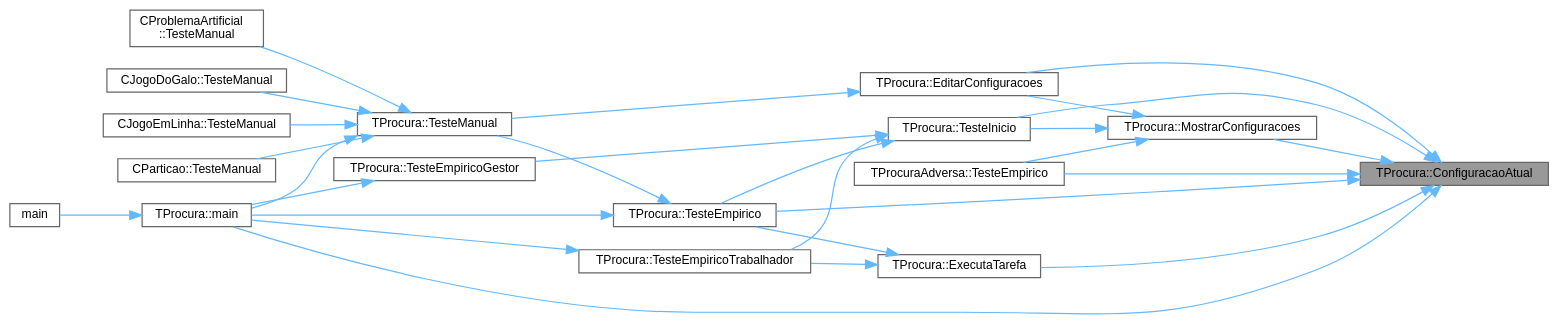
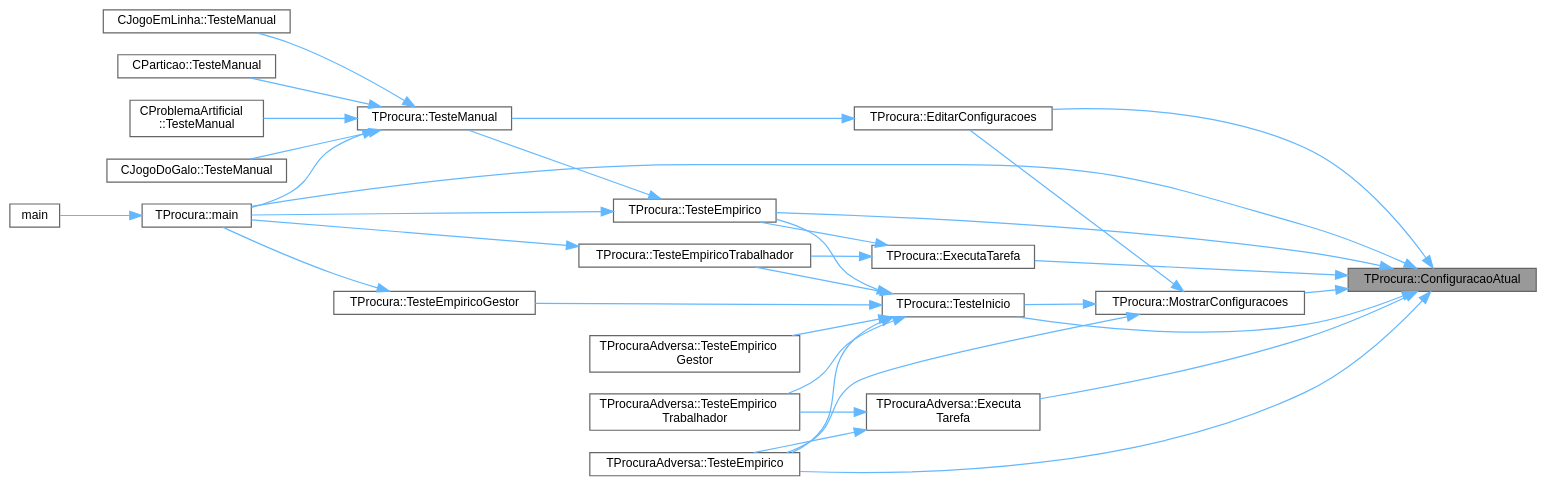
One commit to jcoelho72/TProcura changed the diagram in classTProcura_ac1d9f06b12765a02290050af15463186_icgraph.dot. Above: the diagram before and after it, drawn with Graphviz. The commit also changed 165 other files, not shown here.

```diff
--- a/classTProcura_ac1d9f06b12765a02290050af15463186_icgraph.dot
+++ b/classTProcura_ac1d9f06b12765a02290050af15463186_icgraph.dot
@@ -1,50 +1,59 @@
 digraph "TProcura::ConfiguracaoAtual"
 {
  // LATEX_PDF_SIZE
   bgcolor="transparent";
   edge [fontname=Helvetica,fontsize=10,labelfontname=Helvetica,labelfontsize=10];
   node [fontname=Helvetica,fontsize=10,shape=box,height=0.2,width=0.4];
   rankdir="RL";
   Node1 [id="Node000001",label="TProcura::ConfiguracaoAtual",height=0.2,width=0.4,color="gray40", fillcolor="grey60", style="filled", fontcolor="black",tooltip="Grava ou lê a configuração atual."];
   Node1 -> Node2 [id="edge1_Node000001_Node000002",dir="back",color="steelblue1",style="solid",tooltip=" "];
   Node2 [id="Node000002",label="TProcura::EditarConfiguracoes",height=0.2,width=0.4,color="grey40", fillcolor="white", style="filled",URL="$classTProcura.html#ae559b54c7ff363280df914fec988794f",tooltip="Permite ao utilizador editar as configurações."];
   Node2 -> Node3 [id="edge2_Node000002_Node000003",dir="back",color="steelblue1",style="solid",tooltip=" "];
   Node3 [id="Node000003",label="TProcura::TesteManual",height=0.2,width=0.4,color="grey40", fillcolor="white", style="filled",URL="$classTProcura.html#a5fdf4e8f76e59eb83fbc274fa61e34af",tooltip="Inicializa a interação com o utilizador."];
   Node3 -> Node4 [id="edge3_Node000003_Node000004",dir="back",color="steelblue1",style="solid",tooltip=" "];
   Node4 [id="Node000004",label="TProcura::main",height=0.2,width=0.4,color="grey40", fillcolor="white", style="filled",URL="$classTProcura.html#aad1499e49cf6757569aeabd9c3fb2a8c",tooltip="Inicializa a interação com o utilizador."];
   Node4 -> Node5 [id="edge4_Node000004_Node000005",dir="back",color="steelblue1",style="solid",tooltip=" "];
   Node5 [id="Node000005",label="main",height=0.2,width=0.4,color="grey40", fillcolor="white", style="filled",URL="$Adversa_2Teste_2teste_8cpp.html#a0ddf1224851353fc92bfbff6f499fa97",tooltip=" "];
   Node3 -> Node6 [id="edge5_Node000003_Node000006",dir="back",color="steelblue1",style="solid",tooltip=" "];
   Node6 [id="Node000006",label="CJogoDoGalo::TesteManual",height=0.2,width=0.4,color="grey40", fillcolor="white", style="filled",URL="$classCJogoDoGalo.html#a113984a3801a93ebce61e0a700a413ab",tooltip="Inicializa a interação com o utilizador."];
   Node3 -> Node7 [id="edge6_Node000003_Node000007",dir="back",color="steelblue1",style="solid",tooltip=" "];
   Node7 [id="Node000007",label="CJogoEmLinha::TesteManual",height=0.2,width=0.4,color="grey40", fillcolor="white", style="filled",URL="$classCJogoEmLinha.html#ad289e94136b44c9e3e942acf64ff0449",tooltip="Inicializa a interação com o utilizador."];
   Node3 -> Node8 [id="edge7_Node000003_Node000008",dir="back",color="steelblue1",style="solid",tooltip=" "];
   Node8 [id="Node000008",label="CParticao::TesteManual",height=0.2,width=0.4,color="grey40", fillcolor="white", style="filled",URL="$classCParticao.html#aa4d328b9944991f3fc52ce0726111865",tooltip="Inicializa a interação com o utilizador."];
   Node3 -> Node9 [id="edge8_Node000003_Node000009",dir="back",color="steelblue1",style="solid",tooltip=" "];
   Node9 [id="Node000009",label="CProblemaArtificial\l::TesteManual",height=0.2,width=0.4,color="grey40", fillcolor="white", style="filled",URL="$classCProblemaArtificial.html#abaad629eb538177261df40e1e27e92ed",tooltip="Inicializa a interação com o utilizador."];
   Node1 -> Node10 [id="edge9_Node000001_Node000010",dir="back",color="steelblue1",style="solid",tooltip=" "];
   Node10 [id="Node000010",label="TProcura::ExecutaTarefa",height=0.2,width=0.4,color="grey40", fillcolor="white", style="filled",URL="$classTProcura.html#a2c3c5fdff8277b04a219156dec0f068b",tooltip="Executa uma tarefa num teste empírico."];
   Node10 -> Node11 [id="edge10_Node000010_Node000011",dir="back",color="steelblue1",style="solid",tooltip=" "];
   Node11 [id="Node000011",label="TProcura::TesteEmpirico",height=0.2,width=0.4,color="grey40", fillcolor="white", style="filled",URL="$classTProcura.html#ae98922e2f7f8bb6e487af0a1e4f84336",tooltip="Executa testes empíricos, em todas as configurações guardadas, nas instâncias selecionadas."];
   Node11 -> Node4 [id="edge11_Node000011_Node000004",dir="back",color="steelblue1",style="solid",tooltip=" "];
   Node11 -> Node3 [id="edge12_Node000011_Node000003",dir="back",color="steelblue1",style="solid",tooltip=" "];
   Node10 -> Node12 [id="edge13_Node000010_Node000012",dir="back",color="steelblue1",style="solid",tooltip=" "];
   Node12 [id="Node000012",label="TProcura::TesteEmpiricoTrabalhador",height=0.2,width=0.4,color="grey40", fillcolor="white", style="filled",URL="$classTProcura.html#a1b444fbb9aa1d6bf3df277df3f289587",tooltip="Teste empírico com modo mestre-escravo (este é o escravo)"];
   Node12 -> Node4 [id="edge14_Node000012_Node000004",dir="back",color="steelblue1",style="solid",tooltip=" "];
-  Node1 -> Node4 [id="edge15_Node000001_Node000004",dir="back",color="steelblue1",style="solid",tooltip=" "];
-  Node1 -> Node13 [id="edge16_Node000001_Node000013",dir="back",color="steelblue1",style="solid",tooltip=" "];
-  Node13 [id="Node000013",label="TProcura::MostrarConfiguracoes",height=0.2,width=0.4,color="grey40", fillcolor="white", style="filled",URL="$classTProcura.html#a3332047124784be2fc7af575a5f7f8b5",tooltip="Mostra as configurações disponíveis."];
-  Node13 -> Node2 [id="edge17_Node000013_Node000002",dir="back",color="steelblue1",style="solid",tooltip=" "];
-  Node13 -> Node14 [id="edge18_Node000013_Node000014",dir="back",color="steelblue1",style="solid",tooltip=" "];
+  Node1 -> Node13 [id="edge15_Node000001_Node000013",dir="back",color="steelblue1",style="solid",tooltip=" "];
+  Node13 [id="Node000013",label="TProcuraAdversa::Executa\lTarefa",height=0.2,width=0.4,color="grey40", fillcolor="white", style="filled",URL="$classTProcuraAdversa.html#aad206751268402eef355dd89415d1865",tooltip="Executa uma tarefa num teste empírico."];
+  Node13 -> Node14 [id="edge16_Node000013_Node000014",dir="back",color="steelblue1",style="solid",tooltip=" "];
   Node14 [id="Node000014",label="TProcuraAdversa::TesteEmpirico",height=0.2,width=0.4,color="grey40", fillcolor="white", style="filled",URL="$classTProcuraAdversa.html#abe15e86c2a11e584764a2b80ddab10cb",tooltip="Executa testes empíricos, em todas as configurações guardadas, nas instâncias selecionadas."];
-  Node13 -> Node15 [id="edge19_Node000013_Node000015",dir="back",color="steelblue1",style="solid",tooltip=" "];
-  Node15 [id="Node000015",label="TProcura::TesteInicio",height=0.2,width=0.4,color="grey40", fillcolor="white", style="filled",URL="$classTProcura.html#a577697338460038138738e87157166af",tooltip="arranque de teste, auxiliar aos Testes Empíricos"];
-  Node15 -> Node11 [id="edge20_Node000015_Node000011",dir="back",color="steelblue1",style="solid",tooltip=" "];
-  Node15 -> Node16 [id="edge21_Node000015_Node000016",dir="back",color="steelblue1",style="solid",tooltip=" "];
-  Node16 [id="Node000016",label="TProcura::TesteEmpiricoGestor",height=0.2,width=0.4,color="grey40", fillcolor="white", style="filled",URL="$classTProcura.html#afd7217164b5ffce15f1949138f469fdb",tooltip="Teste empírico com modo mestre-escravo (este é o mestre)"];
-  Node16 -> Node4 [id="edge22_Node000016_Node000004",dir="back",color="steelblue1",style="solid",tooltip=" "];
-  Node15 -> Node12 [id="edge23_Node000015_Node000012",dir="back",color="steelblue1",style="solid",tooltip=" "];
-  Node1 -> Node14 [id="edge24_Node000001_Node000014",dir="back",color="steelblue1",style="solid",tooltip=" "];
-  Node1 -> Node11 [id="edge25_Node000001_Node000011",dir="back",color="steelblue1",style="solid",tooltip=" "];
-  Node1 -> Node15 [id="edge26_Node000001_Node000015",dir="back",color="steelblue1",style="solid",tooltip=" "];
+  Node13 -> Node15 [id="edge17_Node000013_Node000015",dir="back",color="steelblue1",style="solid",tooltip=" "];
+  Node15 [id="Node000015",label="TProcuraAdversa::TesteEmpirico\lTrabalhador",height=0.2,width=0.4,color="grey40", fillcolor="white", style="filled",URL="$classTProcuraAdversa.html#adf8ec64db235b7d293fbf5a632a57966",tooltip="Teste empírico com modo mestre-escravo (este é o escravo)"];
+  Node1 -> Node4 [id="edge18_Node000001_Node000004",dir="back",color="steelblue1",style="solid",tooltip=" "];
+  Node1 -> Node16 [id="edge19_Node000001_Node000016",dir="back",color="steelblue1",style="solid",tooltip=" "];
+  Node16 [id="Node000016",label="TProcura::MostrarConfiguracoes",height=0.2,width=0.4,color="grey40", fillcolor="white", style="filled",URL="$classTProcura.html#a3332047124784be2fc7af575a5f7f8b5",tooltip="Mostra as configurações disponíveis."];
+  Node16 -> Node2 [id="edge20_Node000016_Node000002",dir="back",color="steelblue1",style="solid",tooltip=" "];
+  Node16 -> Node14 [id="edge21_Node000016_Node000014",dir="back",color="steelblue1",style="solid",tooltip=" "];
+  Node16 -> Node17 [id="edge22_Node000016_Node000017",dir="back",color="steelblue1",style="solid",tooltip=" "];
+  Node17 [id="Node000017",label="TProcura::TesteInicio",height=0.2,width=0.4,color="grey40", fillcolor="white", style="filled",URL="$classTProcura.html#a577697338460038138738e87157166af",tooltip="arranque de teste, auxiliar aos Testes Empíricos"];
+  Node17 -> Node14 [id="edge23_Node000017_Node000014",dir="back",color="steelblue1",style="solid",tooltip=" "];
+  Node17 -> Node11 [id="edge24_Node000017_Node000011",dir="back",color="steelblue1",style="solid",tooltip=" "];
+  Node17 -> Node18 [id="edge25_Node000017_Node000018",dir="back",color="steelblue1",style="solid",tooltip=" "];
+  Node18 [id="Node000018",label="TProcuraAdversa::TesteEmpirico\lGestor",height=0.2,width=0.4,color="grey40", fillcolor="white", style="filled",URL="$classTProcuraAdversa.html#a6d7b94a381a8a02e1792b094c6317a34",tooltip="Teste empírico com modo mestre-escravo (este é o mestre)"];
+  Node17 -> Node19 [id="edge26_Node000017_Node000019",dir="back",color="steelblue1",style="solid",tooltip=" "];
+  Node19 [id="Node000019",label="TProcura::TesteEmpiricoGestor",height=0.2,width=0.4,color="grey40", fillcolor="white", style="filled",URL="$classTProcura.html#afd7217164b5ffce15f1949138f469fdb",tooltip="Teste empírico com modo mestre-escravo (este é o mestre)"];
+  Node19 -> Node4 [id="edge27_Node000019_Node000004",dir="back",color="steelblue1",style="solid",tooltip=" "];
+  Node17 -> Node15 [id="edge28_Node000017_Node000015",dir="back",color="steelblue1",style="solid",tooltip=" "];
+  Node17 -> Node12 [id="edge29_Node000017_Node000012",dir="back",color="steelblue1",style="solid",tooltip=" "];
+  Node1 -> Node14 [id="edge30_Node000001_Node000014",dir="back",color="steelblue1",style="solid",tooltip=" "];
+  Node1 -> Node11 [id="edge31_Node000001_Node000011",dir="back",color="steelblue1",style="solid",tooltip=" "];
+  Node1 -> Node17 [id="edge32_Node000001_Node000017",dir="back",color="steelblue1",style="solid",tooltip=" "];
 }
```
